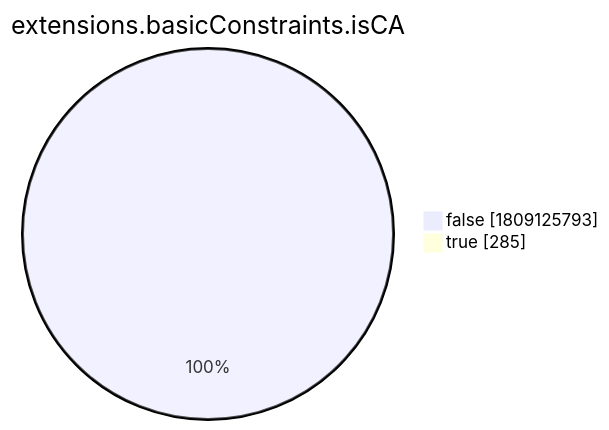
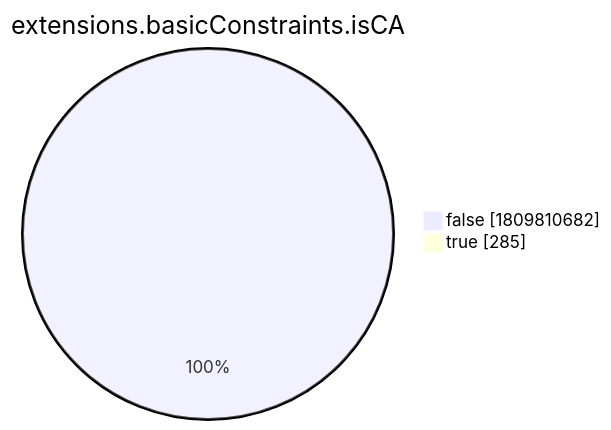
Before and after one commit to christiankrug/ctmonitor_visualization: the eighth of 15 diagrams in xenon2022/README.md, drawn with Mermaid. The commit also changed other lines of this file, not shown here.

````diff
--- a/xenon2022/README.md
+++ b/xenon2022/README.md
@@ -2868,6 +2868,6 @@
 ```mermaid
 pie showData
 title extensions.basicConstraints.isCA
-"false" :1809125793
+"false" :1809810682
 "true" :285
 ```
````
